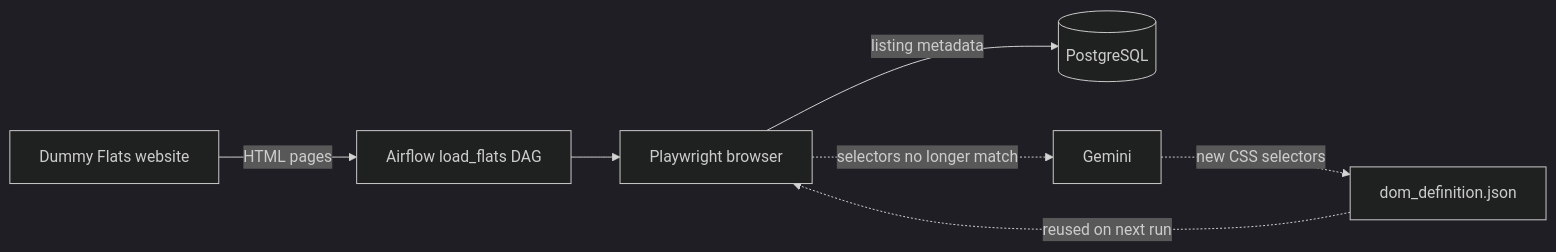
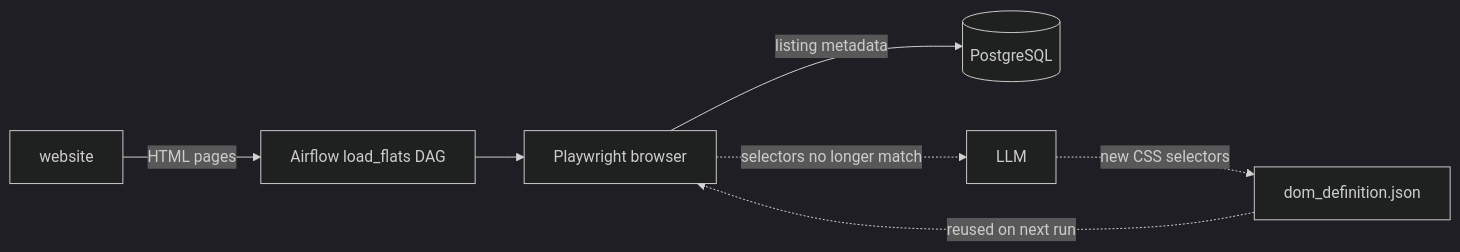
One commit to kshshton/sheloba changed the diagram in README.md. Above: the diagram before and after it, drawn with Mermaid (dark theme). The commit also changed other lines of this file and 2 other files, not shown here.

````diff
--- a/README.md
+++ b/README.md
@@ -11,9 +11,9 @@
 ```mermaid
 flowchart LR
-    W[Dummy Flats website] -->|HTML pages| S[Airflow load_flats DAG]
+    W[website] -->|HTML pages| S[Airflow load_flats DAG]
     S --> P[Playwright browser]
     P -->|listing metadata| DB[(PostgreSQL)]
-    P -. selectors no longer match .-> G[Gemini]
+    P -. selectors no longer match .-> G[LLM]
     G -. new CSS selectors .-> J[dom_definition.json]
     J -. reused on next run .-> P
 ```
````
